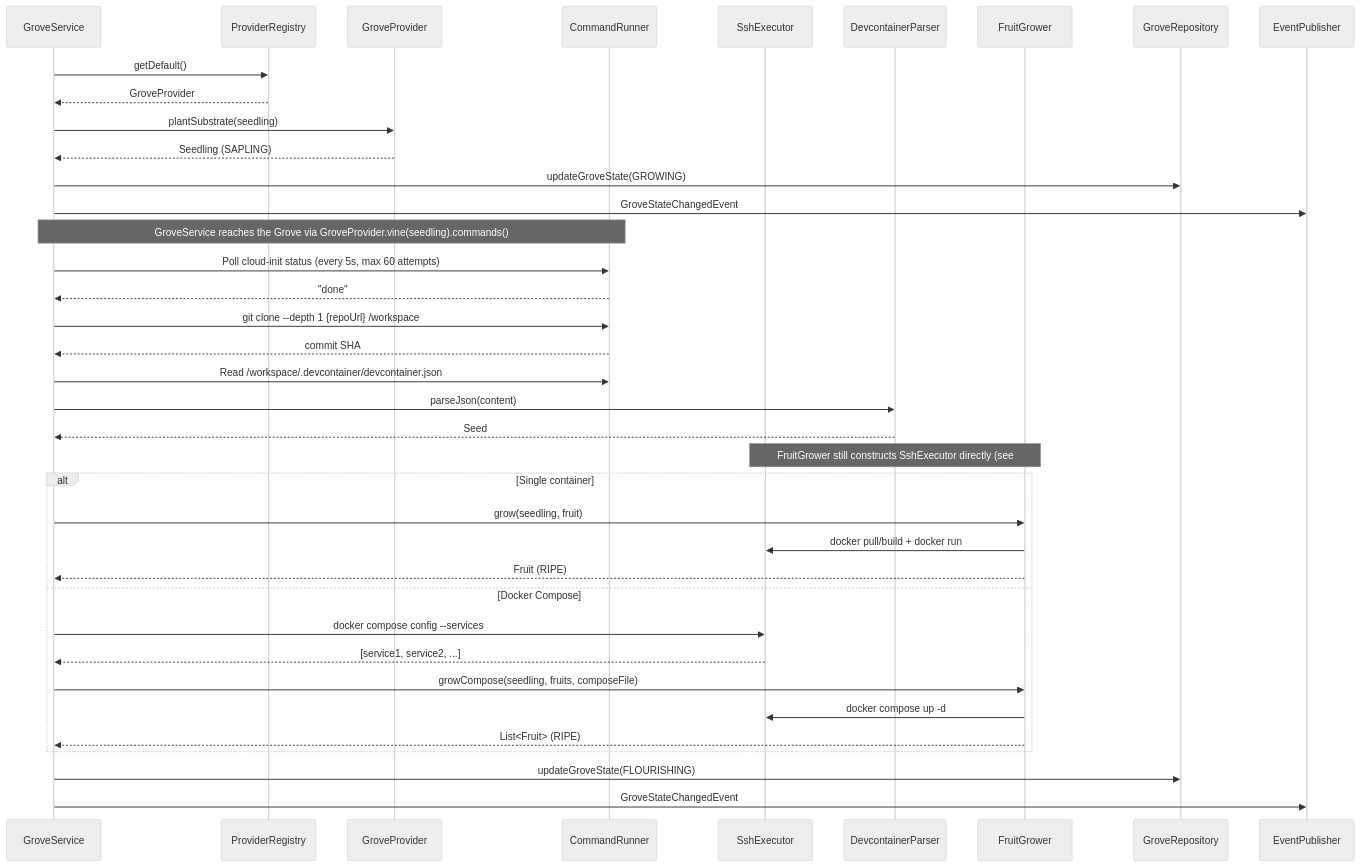
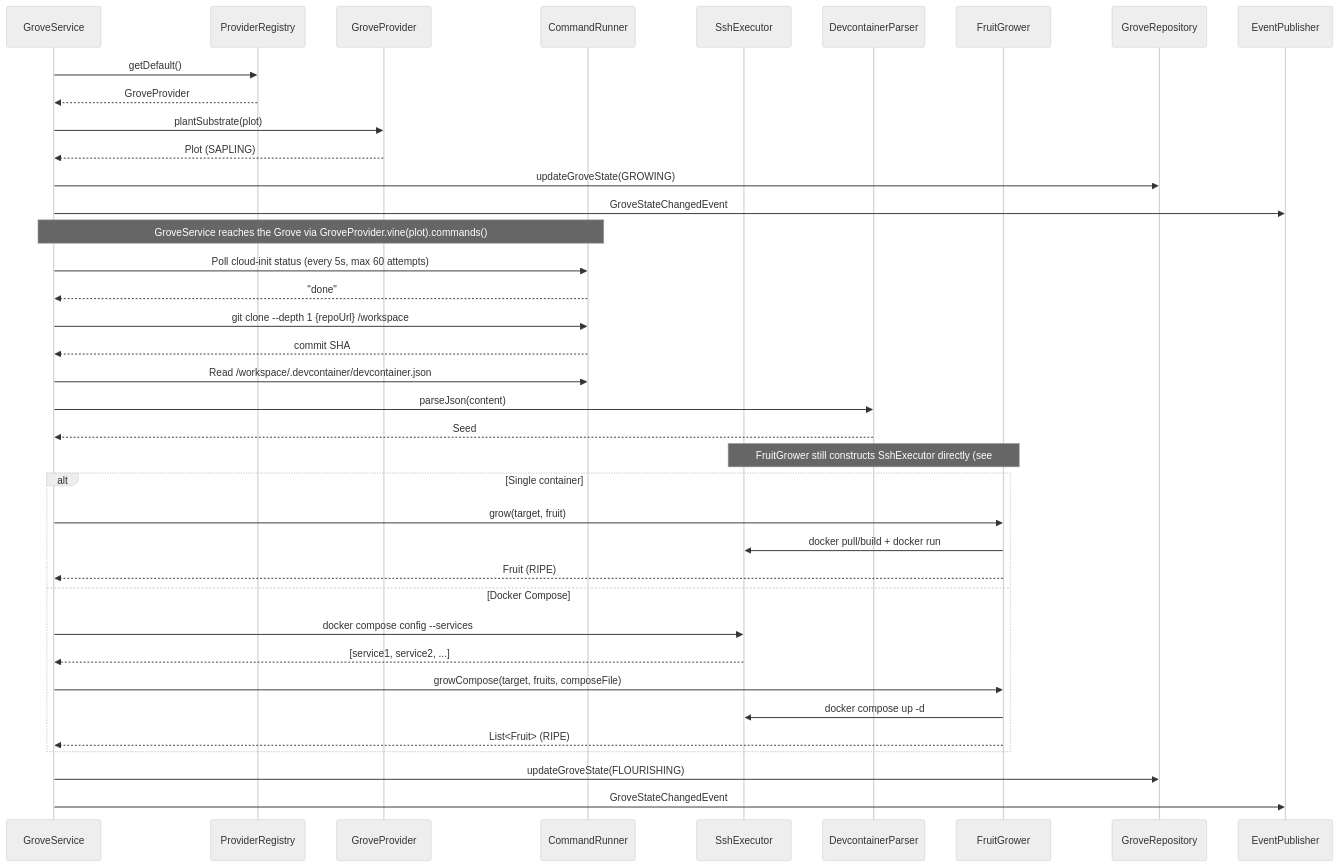
Before and after one commit to orchard-cde/orchard: the fifth of 9 diagrams in docs/architecture/platform-architecture.md, drawn with Mermaid (neutral theme). The commit also changed other lines of this file and 106 other files, not shown here.

First line of the commit message:
refactor: retype the grove-provider seam onto a sealed Plot (#215) (#278)

````diff
--- a/docs/architecture/platform-architecture.md
+++ b/docs/architecture/platform-architecture.md
@@ -270,46 +278,46 @@
 ```mermaid
 sequenceDiagram
     participant GS as GroveService
     participant PR as ProviderRegistry
     participant SP as GroveProvider
     participant CR as CommandRunner
     participant SSH as SshExecutor
     participant DP as DevcontainerParser
     participant FG as FruitGrower
     participant DB as GroveRepository
     participant EP as EventPublisher
 
     GS->>PR: getDefault()
     PR-->>GS: GroveProvider
-    GS->>SP: plantSubstrate(seedling)
-    SP-->>GS: Seedling (SAPLING)
+    GS->>SP: plantSubstrate(plot)
+    SP-->>GS: Plot (SAPLING)
     GS->>DB: updateGroveState(GROWING)
     GS->>EP: GroveStateChangedEvent
 
-    Note over GS,CR: GroveService reaches the Grove via GroveProvider.vine(seedling).commands()
+    Note over GS,CR: GroveService reaches the Grove via GroveProvider.vine(plot).commands()
     GS->>CR: Poll cloud-init status (every 5s, max 60 attempts)
     CR-->>GS: "done"
 
     GS->>CR: git clone --depth 1 {repoUrl} /workspace
     CR-->>GS: commit SHA
 
     GS->>CR: Read /workspace/.devcontainer/devcontainer.json
     GS->>DP: parseJson(content)
     DP-->>GS: Seed
 
     Note over FG,SSH: FruitGrower still constructs SshExecutor directly (see #86)
     alt Single container
-        GS->>FG: grow(seedling, fruit)
+        GS->>FG: grow(target, fruit)
         FG->>SSH: docker pull/build + docker run
         FG-->>GS: Fruit (RIPE)
     else Docker Compose
         GS->>SSH: docker compose config --services
         SSH-->>GS: [service1, service2, ...]
-        GS->>FG: growCompose(seedling, fruits, composeFile)
+        GS->>FG: growCompose(target, fruits, composeFile)
         FG->>SSH: docker compose up -d
         FG-->>GS: List<Fruit> (RIPE)
     end
 
     GS->>DB: updateGroveState(FLOURISHING)
     GS->>EP: GroveStateChangedEvent
 ```
````
